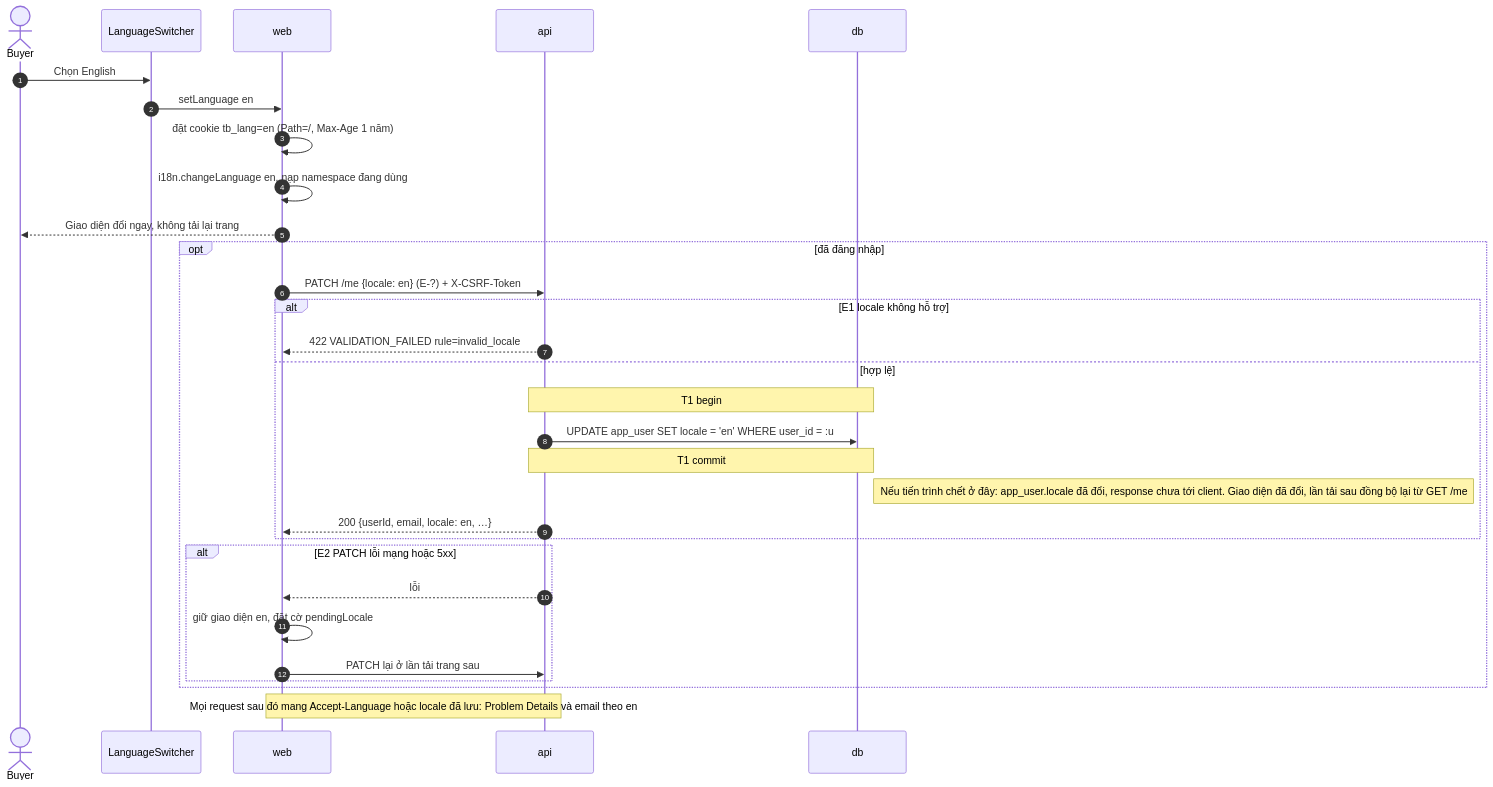
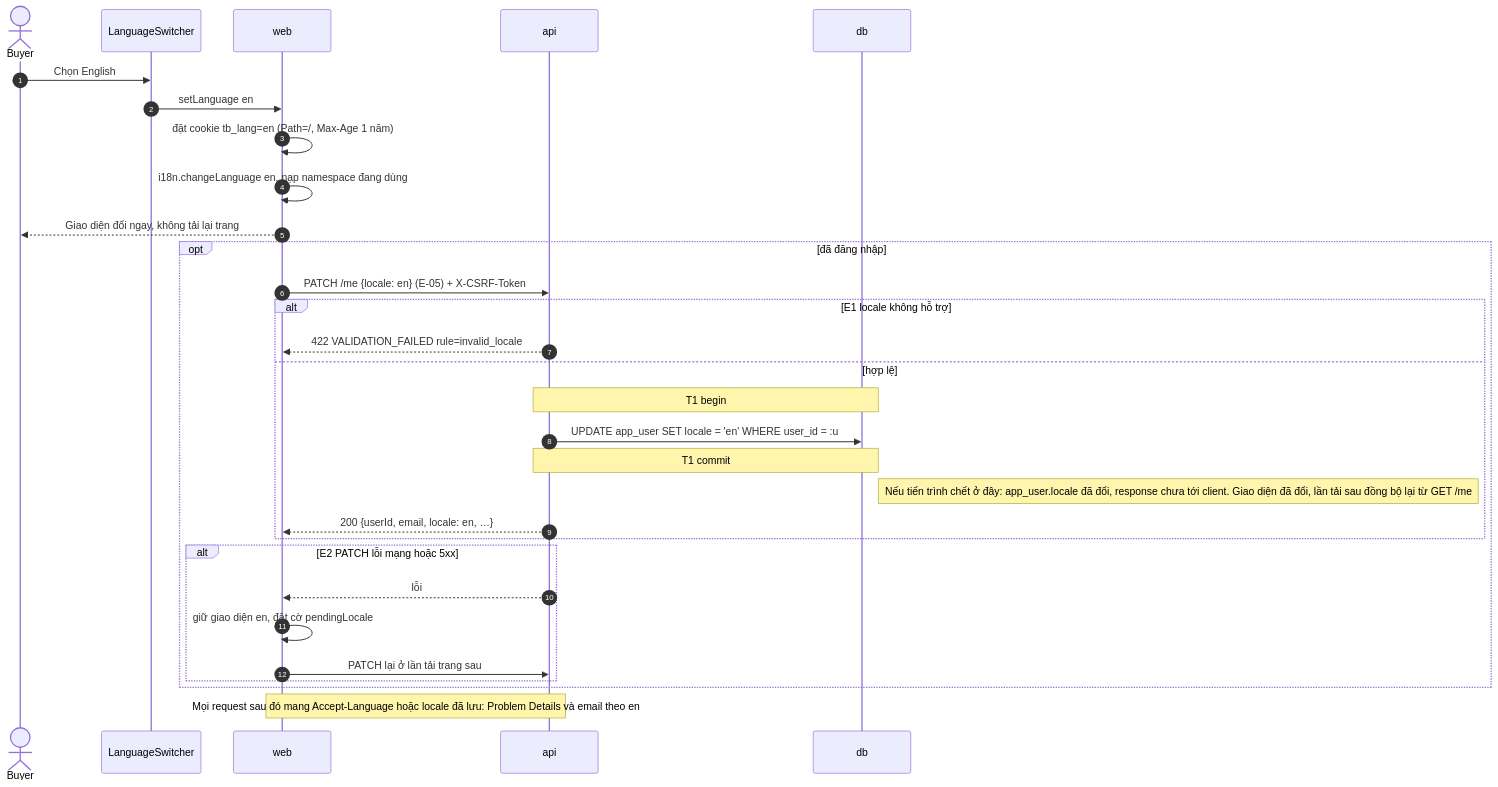
Before and after one commit to ninggiangboy/ticket-booking: the fifth of 5 diagrams in docs/06-design/flows/auth-and-account.md, drawn with Mermaid. The commit also changed other lines of this file and 17 other files, not shown here.

````diff
--- a/docs/06-design/flows/auth-and-account.md
+++ b/docs/06-design/flows/auth-and-account.md
@@ -392,32 +392,32 @@
 ```mermaid
 sequenceDiagram
   autonumber
   actor U as Buyer
   participant S as LanguageSwitcher
   participant W as web
   participant A as api
   participant D as db
   U->>S: Chọn English
   S->>W: setLanguage en
   W->>W: đặt cookie tb_lang=en (Path=/, Max-Age 1 năm)
   W->>W: i18n.changeLanguage en, nạp namespace đang dùng
   W-->>U: Giao diện đổi ngay, không tải lại trang
   opt đã đăng nhập
-    W->>A: PATCH /me {locale: en} (E-?) + X-CSRF-Token
+    W->>A: PATCH /me {locale: en} (E-05) + X-CSRF-Token
     alt E1 locale không hỗ trợ
       A-->>W: 422 VALIDATION_FAILED rule=invalid_locale
     else hợp lệ
       Note over A,D: T1 begin
       A->>D: UPDATE app_user SET locale = 'en' WHERE user_id = :u
       Note over A,D: T1 commit
       Note right of D: Nếu tiến trình chết ở đây: app_user.locale đã đổi, response chưa tới client. Giao diện đã đổi, lần tải sau đồng bộ lại từ GET /me
       A-->>W: 200 {userId, email, locale: en, …}
     end
     alt E2 PATCH lỗi mạng hoặc 5xx
       A-->>W: lỗi
       W->>W: giữ giao diện en, đặt cờ pendingLocale
       W->>A: PATCH lại ở lần tải trang sau
     end
   end
   Note over W,A: Mọi request sau đó mang Accept-Language hoặc locale đã lưu: Problem Details và email theo en
 ```
````
